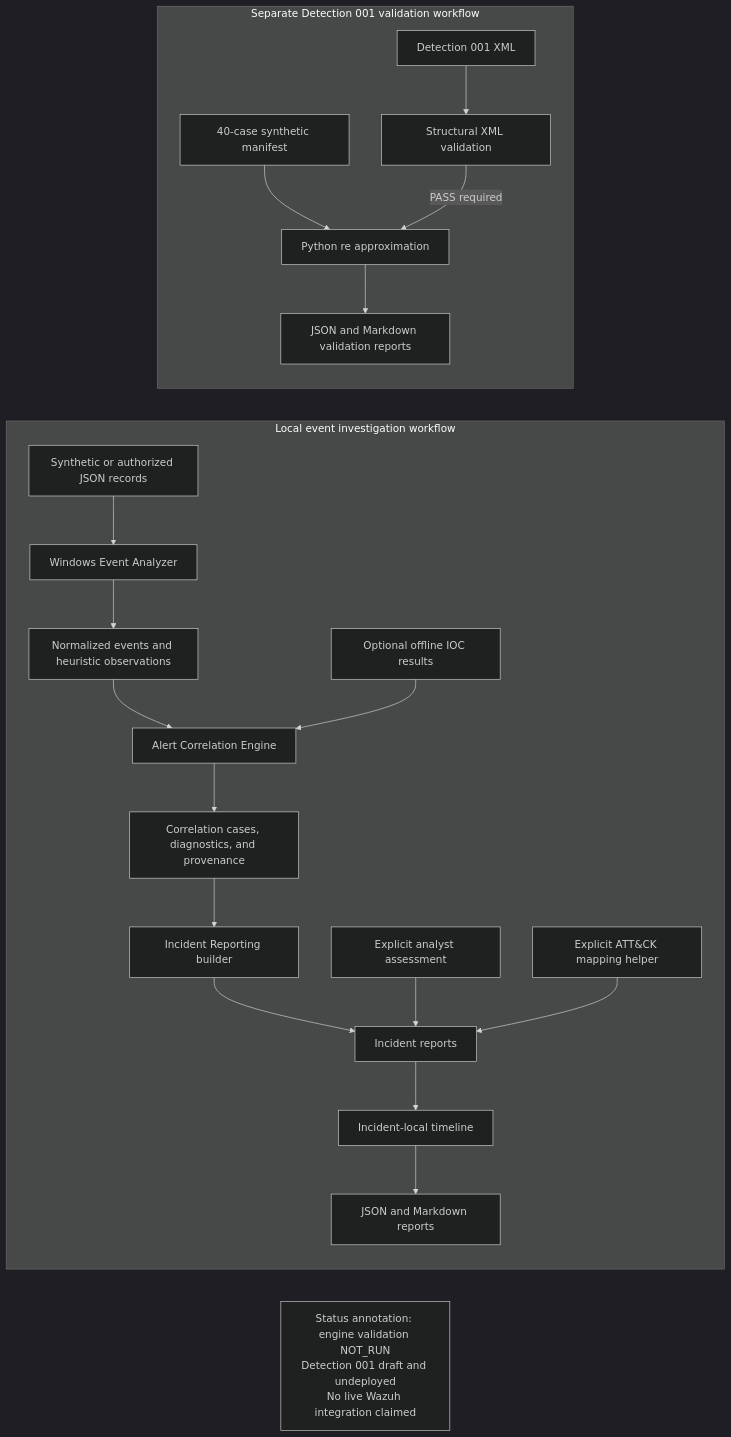
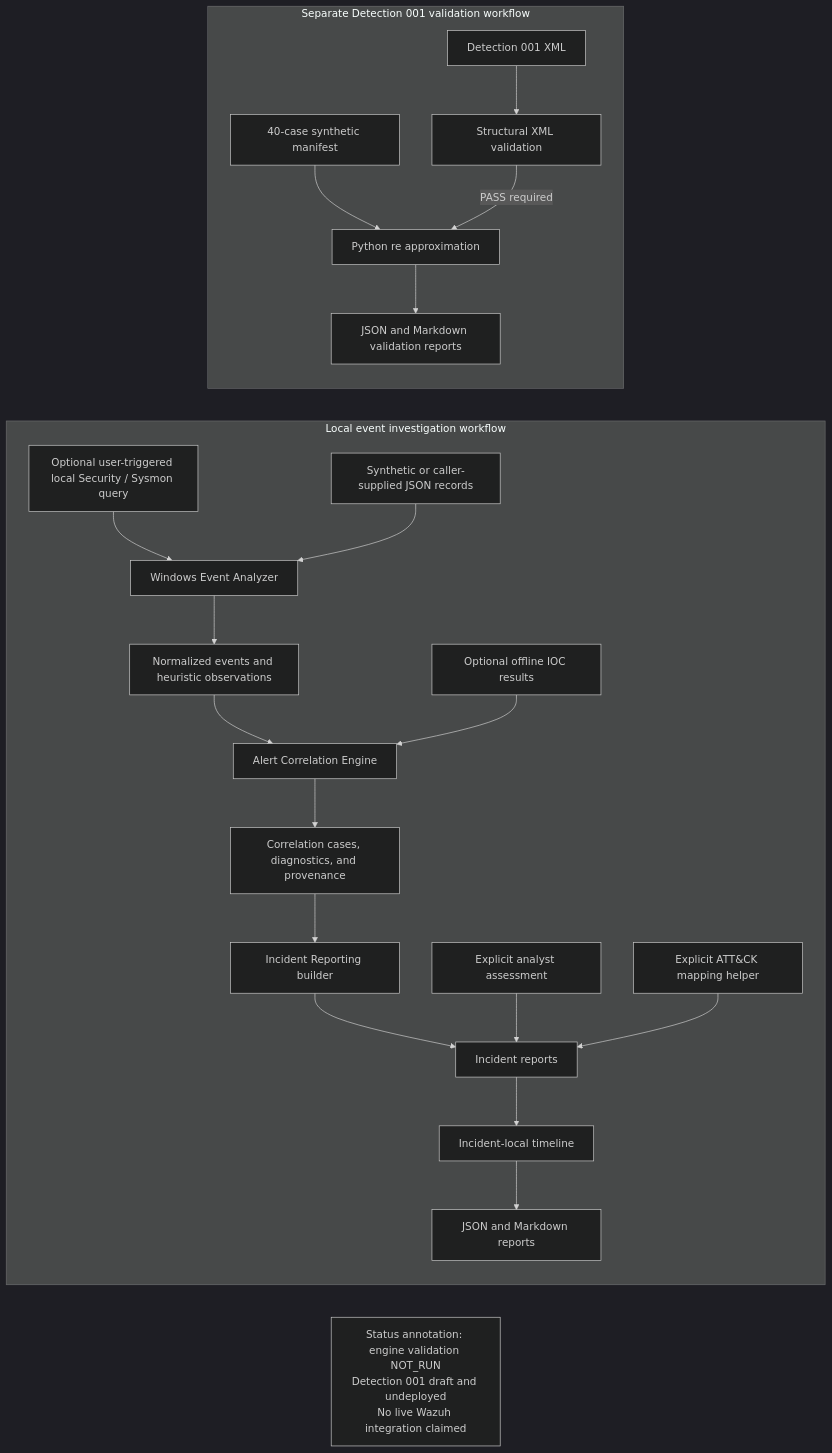
Before and after one commit to cSrvn123/SOC-Sentinel-Security-Monitoring-Platform: the diagram in README.md, drawn with Mermaid (dark theme). The commit also changed other lines of this file and 11 other files, not shown here.

Commit message:
Add local Windows network review GUI

````diff
--- a/README.md
+++ b/README.md
@@ -42,24 +42,25 @@
 ```mermaid
 flowchart LR
     subgraph Investigation["Local event investigation workflow"]
-        Events["Synthetic or authorized JSON records"] --> Analyzer["Windows Event Analyzer"]
+        LocalLogs["Optional user-triggered local Security / Sysmon query"] --> Analyzer
+        Events["Synthetic or caller-supplied JSON records"] --> Analyzer["Windows Event Analyzer"]
         Analyzer --> Normalized["Normalized events and heuristic observations"]
         Normalized --> Correlator["Alert Correlation Engine"]
         OfflineIOC["Optional offline IOC results"] --> Correlator
         Correlator --> Cases["Correlation cases, diagnostics, and provenance"]
         Cases --> Builder["Incident Reporting builder"]
         Builder --> Incidents["Incident reports"]
         Incidents --> Timeline["Incident-local timeline"]
         Timeline --> Export["JSON and Markdown reports"]
         Assessment["Explicit analyst assessment"] --> Incidents
         ATTACK["Explicit ATT&CK mapping helper"] --> Incidents
     end
 
     subgraph DetectionValidation["Separate Detection 001 validation workflow"]
         XML["Detection 001 XML"] --> Structure["Structural XML validation"]
         Manifest["40-case synthetic manifest"] --> Approx["Python re approximation"]
         Structure -->|"PASS required"| Approx
         Approx --> ValidationReport["JSON and Markdown validation reports"]
     end
     WazuhStatus["Status annotation: engine validation NOT_RUN<br/>Detection 001 draft and undeployed<br/>No live Wazuh integration claimed"]
 ```
````
